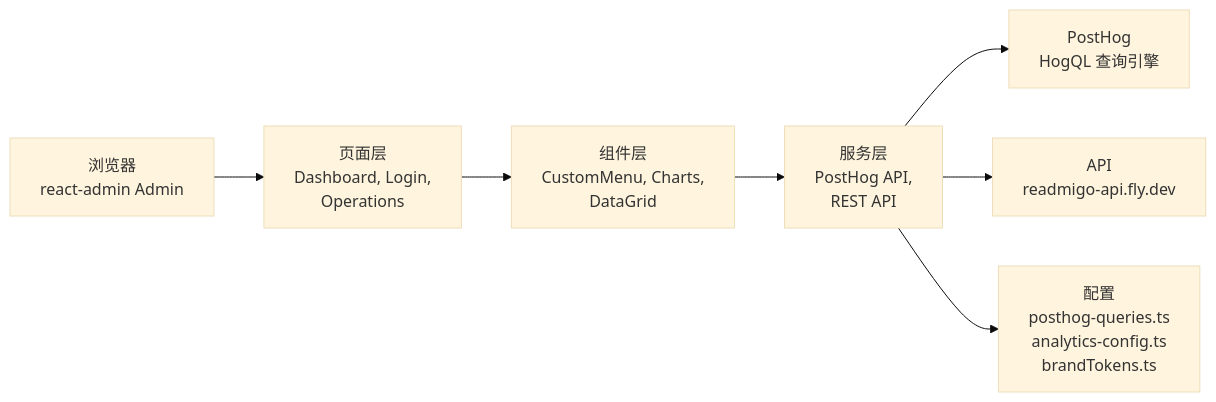
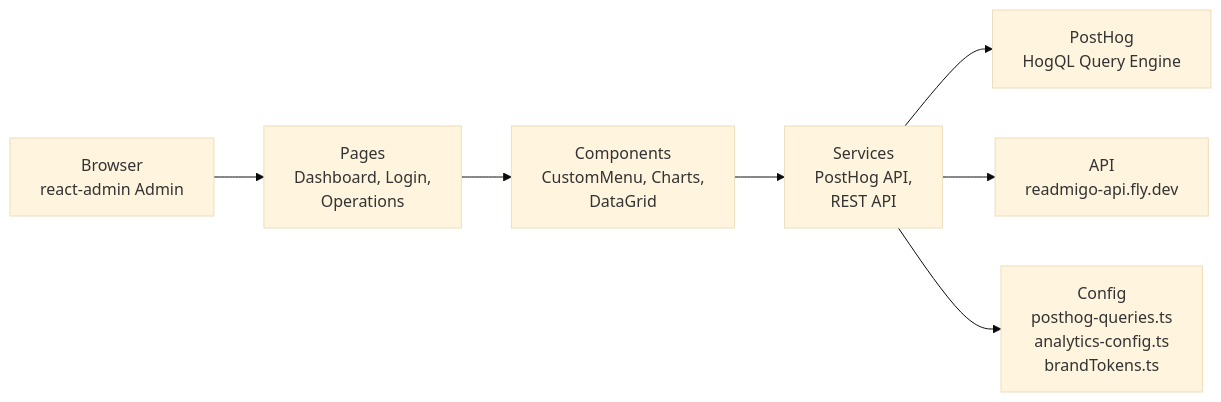
The diagram in README.md (readmigo/dashboard), drawn with Mermaid (base theme) before and after one commit. The commit also changed other lines of this file, not shown here.

````diff
--- a/README.md
+++ b/README.md
@@ -23,18 +23,18 @@
 ```mermaid
 graph LR
-    Browser["浏览器<br/>react-admin Admin"]
-    Pages["页面层<br/>Dashboard, Login,<br/>Operations"]
-    Components["组件层<br/>CustomMenu, Charts,<br/>DataGrid"]
-    Services["服务层<br/>PostHog API,<br/>REST API"]
-    Config["配置<br/>posthog-queries.ts<br/>analytics-config.ts<br/>brandTokens.ts"]
+    Browser["Browser<br/>react-admin Admin"]
+    Pages["Pages<br/>Dashboard, Login,<br/>Operations"]
+    Components["Components<br/>CustomMenu, Charts,<br/>DataGrid"]
+    Services["Services<br/>PostHog API,<br/>REST API"]
+    Config["Config<br/>posthog-queries.ts<br/>analytics-config.ts<br/>brandTokens.ts"]
     
-    PostHog["PostHog<br/>HogQL 查询引擎"]
+    PostHog["PostHog<br/>HogQL Query Engine"]
     API["API<br/>readmigo-api.fly.dev"]
     
     Browser --> Pages
     Pages --> Components
     Components --> Services
     Services --> PostHog
     Services --> API
     Services --> Config
 ```
````
